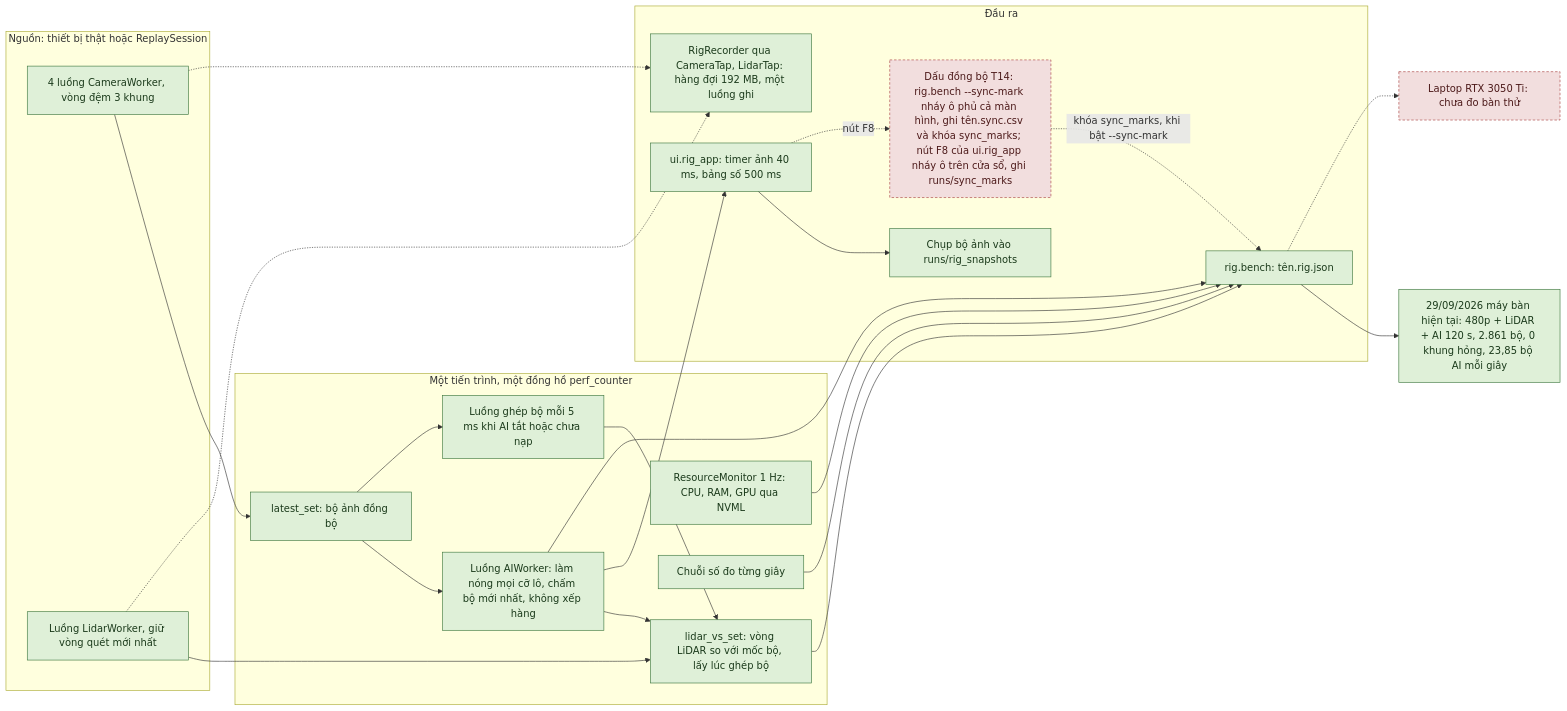
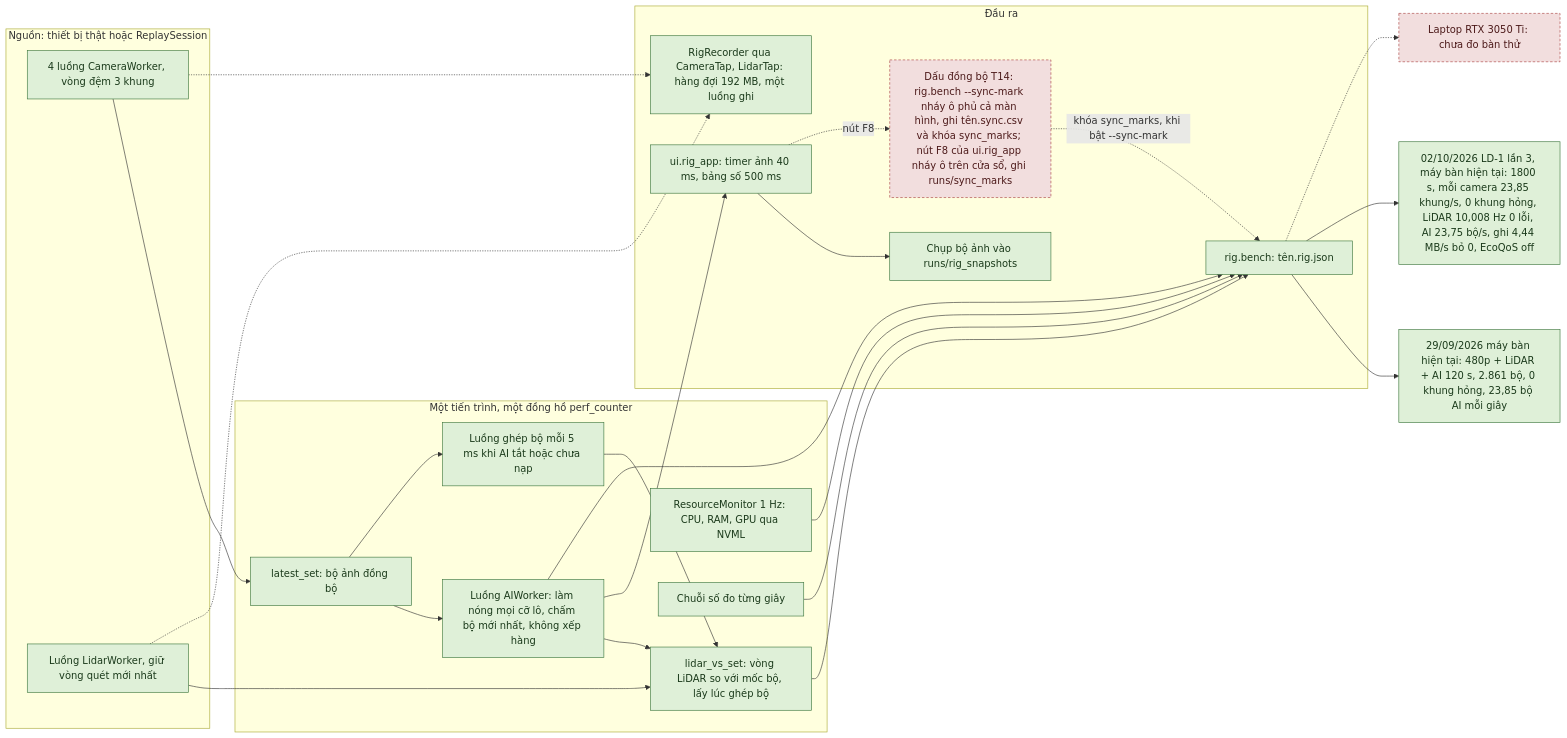
Before and after one commit to thbn12082/autopark: diagram 22 of 50 in autopark/docs/SO_DO_HE_THONG.md, drawn with Mermaid. The commit also changed other lines of this file and 223 other files, not shown here.

````diff
--- a/autopark/docs/SO_DO_HE_THONG.md
+++ b/autopark/docs/SO_DO_HE_THONG.md
@@ -1303,47 +1541,49 @@
 ```mermaid
 flowchart LR
     subgraph NGUON["Nguồn: thiết bị thật hoặc ReplaySession"]
         CW["4 luồng CameraWorker, vòng đệm 3 khung"]
         LW["Luồng LidarWorker, giữ vòng quét mới nhất"]
     end
     subgraph XULY["Một tiến trình, một đồng hồ perf_counter"]
         SETS["latest_set: bộ ảnh đồng bộ"]
         AI["Luồng AIWorker: làm nóng mọi cỡ lô, chấm bộ mới nhất, không xếp hàng"]
         SL["Luồng ghép bộ mỗi 5 ms khi AI tắt hoặc chưa nạp"]
         OFF["lidar_vs_set: vòng LiDAR so với mốc bộ, lấy lúc ghép bộ"]
         RM["ResourceMonitor 1 Hz: CPU, RAM, GPU qua NVML"]
         SER["Chuỗi số đo từng giây"]
     end
     subgraph RA["Đầu ra"]
         JSON["rig.bench: tên.rig.json"]
         UI["ui.rig_app: timer ảnh 40 ms, bảng số 500 ms"]
         SNAP["Chụp bộ ảnh vào runs/rig_snapshots"]
         REC["RigRecorder qua CameraTap, LidarTap: hàng đợi 192 MB, một luồng ghi"]
         SYNC["Dấu đồng bộ T14: rig.bench --sync-mark nháy ô phủ cả màn hình, ghi tên.sync.csv và khóa sync_marks; nút F8 của ui.rig_app nháy ô trên cửa sổ, ghi runs/sync_marks"]
     end
     M29["29/09/2026 máy bàn hiện tại: 480p + LiDAR + AI 120 s, 2.861 bộ, 0 khung hỏng, 23,85 bộ AI mỗi giây"]
+    LD1["02/10/2026 LD-1 lần 3, máy bàn hiện tại: 1800 s, mỗi camera 23,85 khung/s, 0 khung hỏng, LiDAR 10,008 Hz 0 lỗi, AI 23,75 bộ/s, ghi 4,44 MB/s bỏ 0, EcoQoS off"]
     LAP["Laptop RTX 3050 Ti: chưa đo bàn thử"]
     CW --> SETS
     SETS --> AI
     SETS --> SL
     AI --> OFF
     SL --> OFF
     LW --> OFF
     AI --> UI
     AI --> JSON
     OFF --> JSON
     RM --> JSON
     SER --> JSON
     UI --> SNAP
     CW -.-> REC
     LW -.-> REC
     SYNC -.->|khóa sync_marks, khi bật --sync-mark| JSON
     UI -.->|nút F8| SYNC
     JSON --> M29
+    JSON --> LD1
     JSON -.-> LAP
     classDef daco fill:#dff0d8,stroke:#3c763d,color:#1b3a1b
     classDef giaLap fill:#fcf8e3,stroke:#8a6d3b,color:#4d3b12
     classDef chuaLam fill:#f2dede,stroke:#a94442,color:#4d1a1a,stroke-dasharray: 4 3
-    class CW,LW,SETS,AI,SL,OFF,RM,SER,JSON,UI,SNAP,REC,M29 daco
+    class CW,LW,SETS,AI,SL,OFF,RM,SER,JSON,UI,SNAP,REC,M29,LD1 daco
     class LAP,SYNC chuaLam
 ```
````
